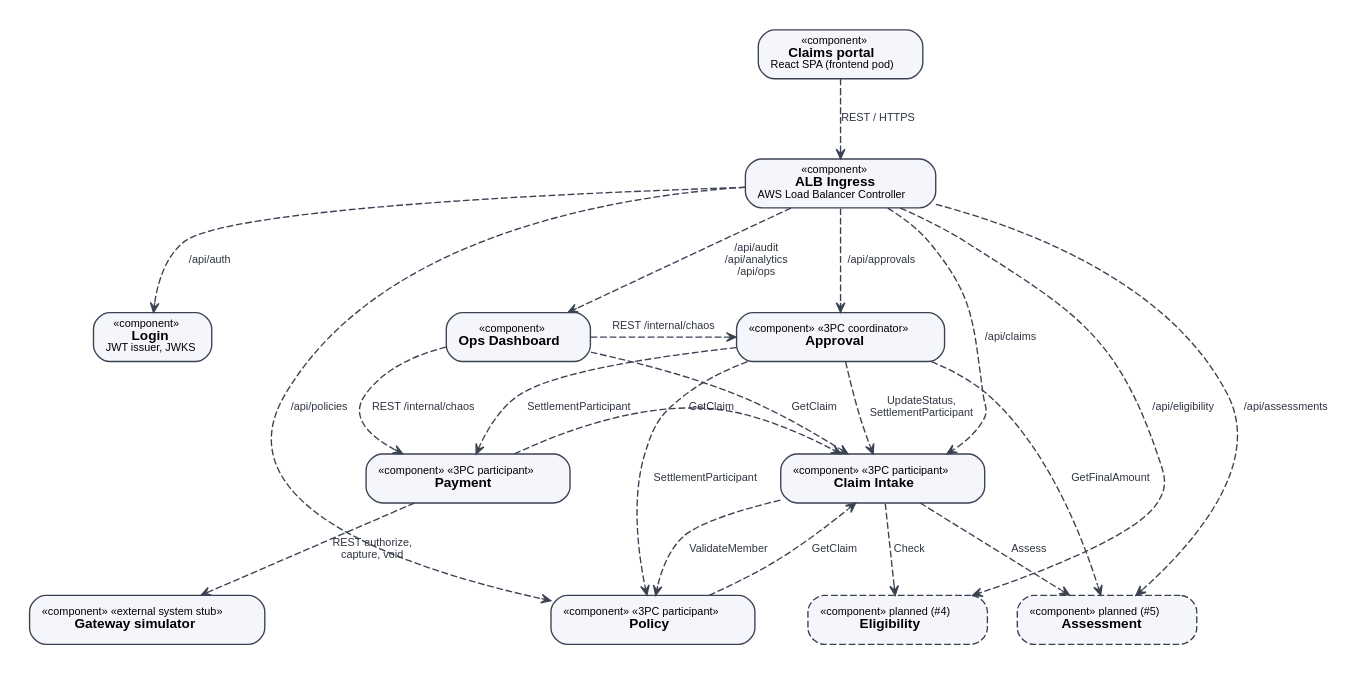
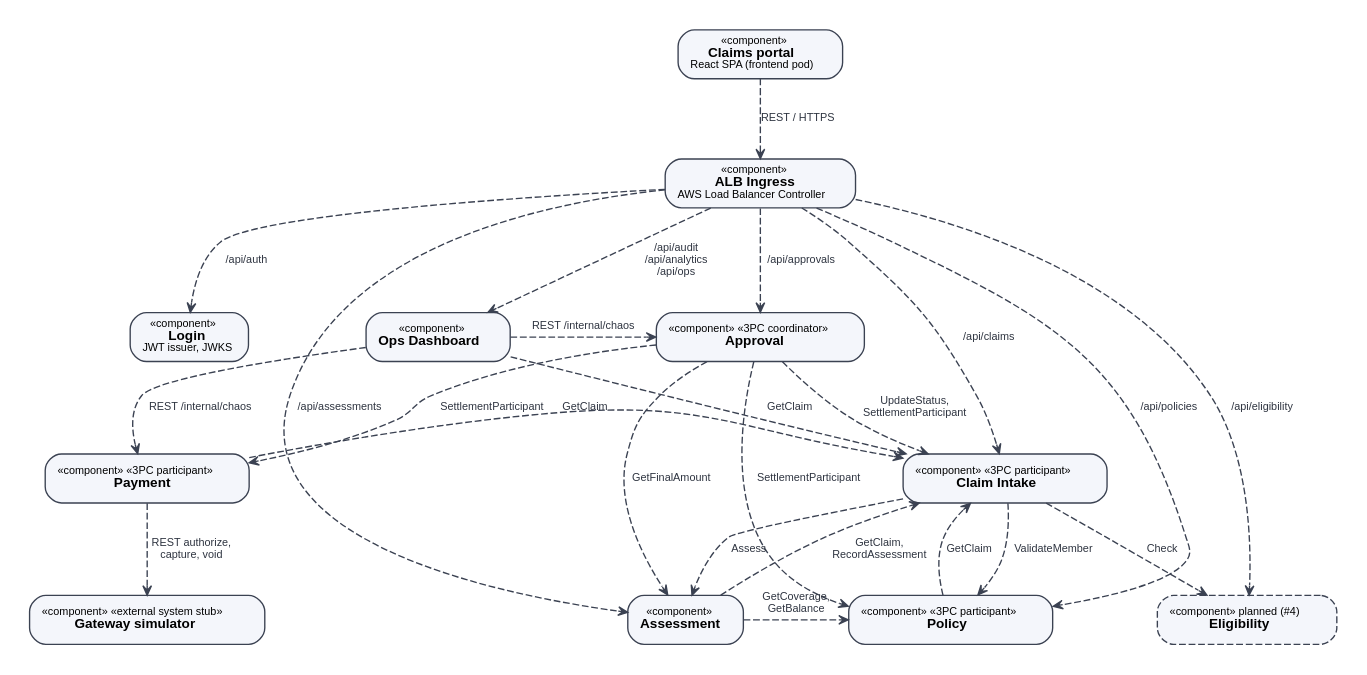
The diagram in docs/diagrams/src/component-services.dot (Krisha-cmd/Insurance-claim), drawn with Graphviz before and after one commit. The commit also changed 56 other files, not shown here.

```diff
--- a/docs/diagrams/src/component-services.dot
+++ b/docs/diagrams/src/component-services.dot
@@ -1,44 +1,48 @@
 // UML component diagram, part 1: synchronous interfaces (REST through the ALB, gRPC inside the cluster).
 // Replaces diagrams/architecture-diagram.svg (commit d9d922c), which used colour-coded arrows, database cylinders and
 // an "API Gateway" box that the deployment does not have. Every arrow is a UML dependency (dashed, open arrowhead)
 // labelled with the interface used. Facts from the service READMEs, backend/proto and k8s/base/*/ingress.yaml.
 digraph G {
   graph [rankdir=TB, fontname="Helvetica", fontsize=11, nodesep=0.3, ranksep=0.7, pad=0.2, newrank=true];
   node  [shape=box, style="rounded,filled", fillcolor="#f4f6fb", color="#3b4252", fontname="Helvetica", fontsize=10, margin="0.12,0.06"];
   edge  [style=dashed, arrowhead=vee, arrowsize=0.7, color="#3b4252", fontname="Helvetica", fontsize=8, fontcolor="#2e3440"];
   spa  [label=<<font point-size="8">«component»</font><br/><b>Claims portal</b><br/><font point-size="8">React SPA (frontend pod)</font>>];
   alb  [label=<<font point-size="8">«component»</font><br/><b>ALB Ingress</b><br/><font point-size="8">AWS Load Balancer Controller</font>>];
   login   [label=<<font point-size="8">«component»</font><br/><b>Login</b><br/><font point-size="8">JWT issuer, JWKS</font>>];
   ops     [label=<<font point-size="8">«component»</font><br/><b>Ops Dashboard</b>>];
   approval[label=<<font point-size="8">«component» «3PC coordinator»</font><br/><b>Approval</b>>];
   intake  [label=<<font point-size="8">«component» «3PC participant»</font><br/><b>Claim Intake</b>>];
   policy  [label=<<font point-size="8">«component» «3PC participant»</font><br/><b>Policy</b>>];
   payment [label=<<font point-size="8">«component» «3PC participant»</font><br/><b>Payment</b>>];
   elig    [label=<<font point-size="8">«component» planned (#4)</font><br/><b>Eligibility</b>>, style="rounded,dashed,filled"];
-  assess  [label=<<font point-size="8">«component» planned (#5)</font><br/><b>Assessment</b>>, style="rounded,dashed,filled"];
+  assess  [label=<<font point-size="8">«component»</font><br/><b>Assessment</b>>];
   gw      [label=<<font point-size="8">«component» «external system stub»</font><br/><b>Gateway simulator</b>>];
   {rank=same; login; ops; approval;}
   {rank=same; intake; payment;}
   {rank=same; policy; elig; assess; gw;}
   spa -> alb [label="REST / HTTPS"];
   alb -> login [label="/api/auth"];
   alb -> ops [label="/api/audit\n/api/analytics\n/api/ops"];
   alb -> approval [label="/api/approvals"];
   alb -> intake [label="/api/claims"];
   alb -> policy [label="/api/policies"];
   alb -> elig [label="/api/eligibility"];
   alb -> assess [label="/api/assessments"];
   approval -> intake [label="UpdateStatus,\nSettlementParticipant"];
   approval -> policy [label="SettlementParticipant"];
   approval -> payment [label="SettlementParticipant"];
   approval -> assess [label="GetFinalAmount"];
   intake -> policy [label="ValidateMember"];
   intake -> elig [label="Check"];
   intake -> assess [label="Assess"];
+  assess -> policy [label="GetCoverage,
+GetBalance"];
+  assess -> intake [label="GetClaim,
+RecordAssessment"];
   policy -> intake [label="GetClaim"];
   payment -> intake [label="GetClaim"];
   ops -> intake [label="GetClaim"];
   ops -> approval [label="REST /internal/chaos"];
   ops -> payment [label="REST /internal/chaos"];
   payment -> gw [label="REST authorize,\ncapture, void"];
 }
```
